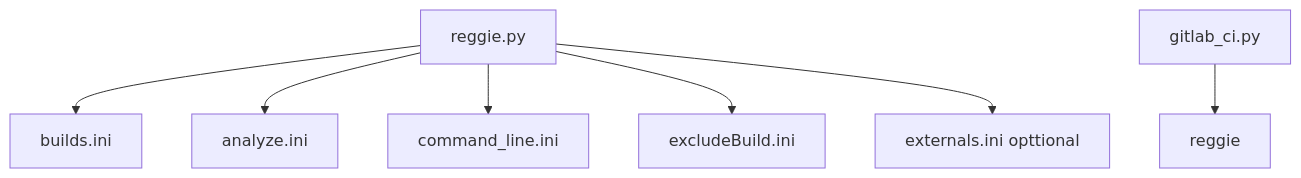
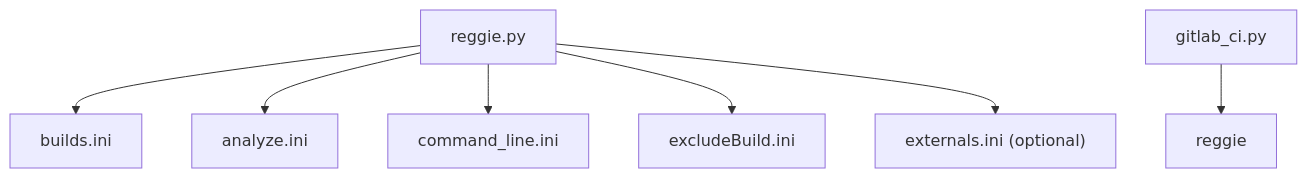
Before and after one commit to piclas-framework/reggie2.0: the diagram in README.md, drawn with Mermaid.

````diff
--- a/README.md
+++ b/README.md
@@ -2,9 +2,9 @@
 ```mermaid
 graph TD;
   reggie.py-->builds.ini;
   reggie.py-->analyze.ini;
   reggie.py-->command_line.ini;
   reggie.py-->excludeBuild.ini;
-  reggie.py-->B[externals.ini opttional];
+  reggie.py-->B["externals.ini (optional)"];
   gitlab_ci.py-->reggie;
 ```
````
